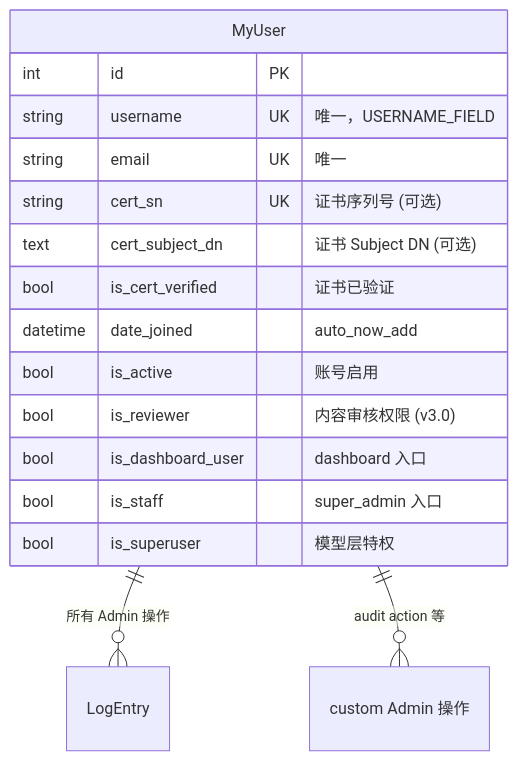
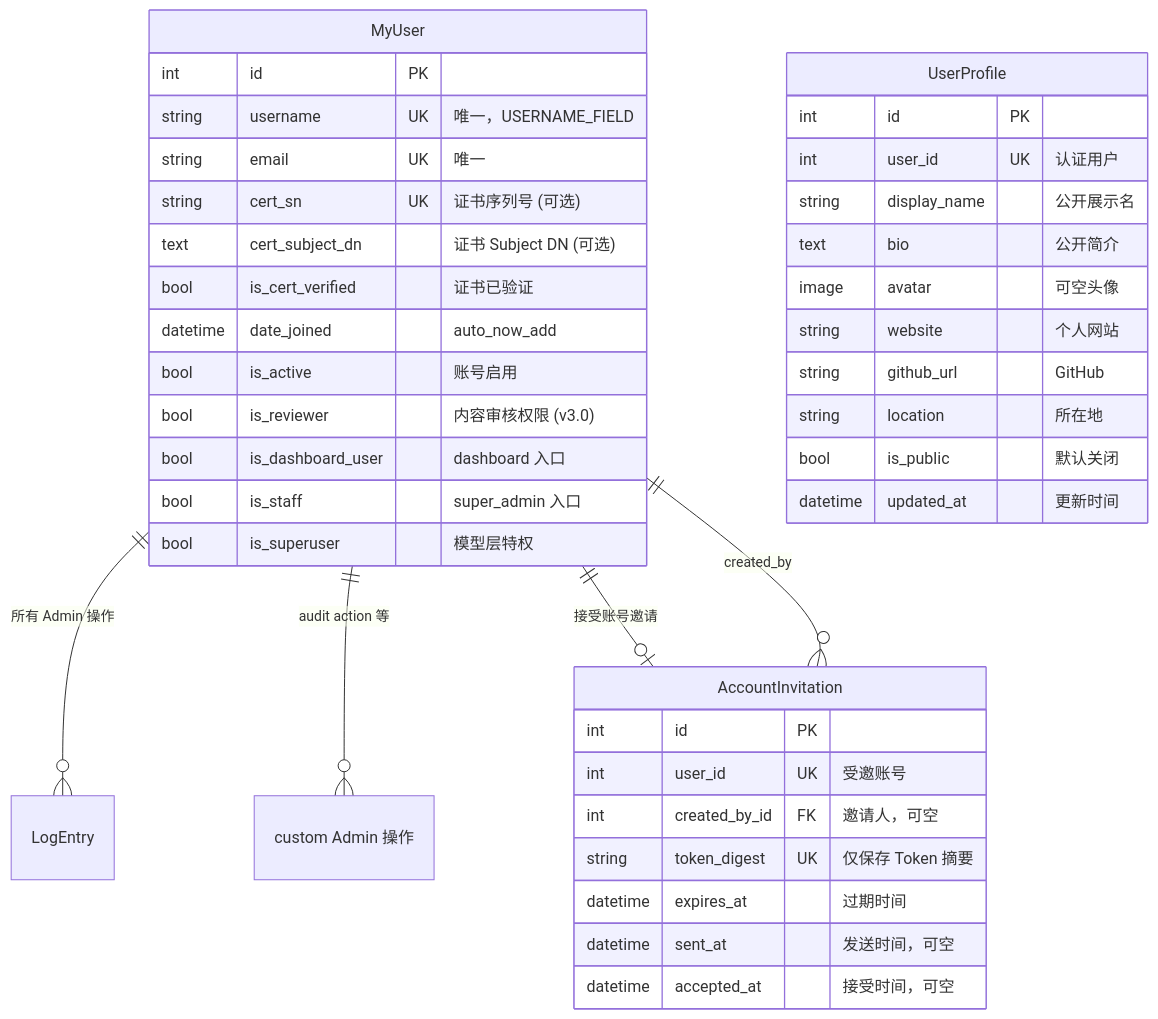
Before and after one commit to se-veN714/PowerAdapterBlogs: the sixth of 6 diagrams in accounts/DEVELOPMENT.md, drawn with Mermaid. The commit also changed other lines of this file and 23 other files, not shown here.

Commit message:
docs: consolidate guides and update v2 roadmap

````diff
--- a/accounts/DEVELOPMENT.md
+++ b/accounts/DEVELOPMENT.md
@@ -540,20 +547,45 @@
 ```mermaid
 erDiagram
     MyUser ||--o{ LogEntry : "所有 Admin 操作"
     MyUser ||--o{ "custom Admin 操作" : "audit action 等"
+    MyUser ||--o| AccountInvitation : "接受账号邀请"
+    MyUser ||--o{ AccountInvitation : "created_by"
 
     MyUser {
         int id PK
         string username UK "唯一，USERNAME_FIELD"
         string email UK "唯一"
         string cert_sn UK "证书序列号 (可选)"
         text cert_subject_dn "证书 Subject DN (可选)"
         bool is_cert_verified "证书已验证"
         datetime date_joined "auto_now_add"
         bool is_active "账号启用"
         bool is_reviewer "内容审核权限 (v3.0)"
         bool is_dashboard_user "dashboard 入口"
         bool is_staff "super_admin 入口"
         bool is_superuser "模型层特权"
     }
+
+    AccountInvitation {
+        int id PK
+        int user_id UK "受邀账号"
+        int created_by_id FK "邀请人，可空"
+        string token_digest UK "仅保存 Token 摘要"
+        datetime expires_at "过期时间"
+        datetime sent_at "发送时间，可空"
+        datetime accepted_at "接受时间，可空"
+    }
+
+    UserProfile {
+        int id PK
+        int user_id UK "认证用户"
+        string display_name "公开展示名"
+        text bio "公开简介"
+        image avatar "可空头像"
+        string website "个人网站"
+        string github_url "GitHub"
+        string location "所在地"
+        bool is_public "默认关闭"
+        datetime updated_at "更新时间"
+    }
 ```
````
